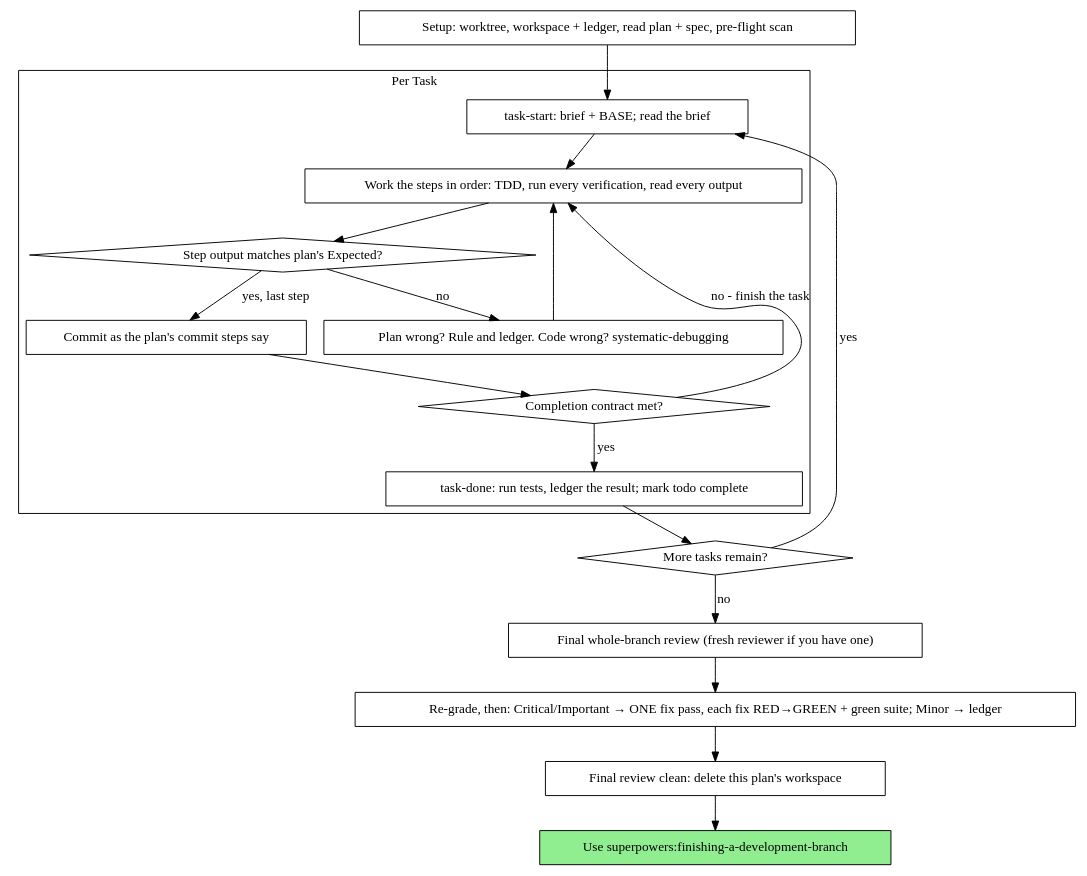
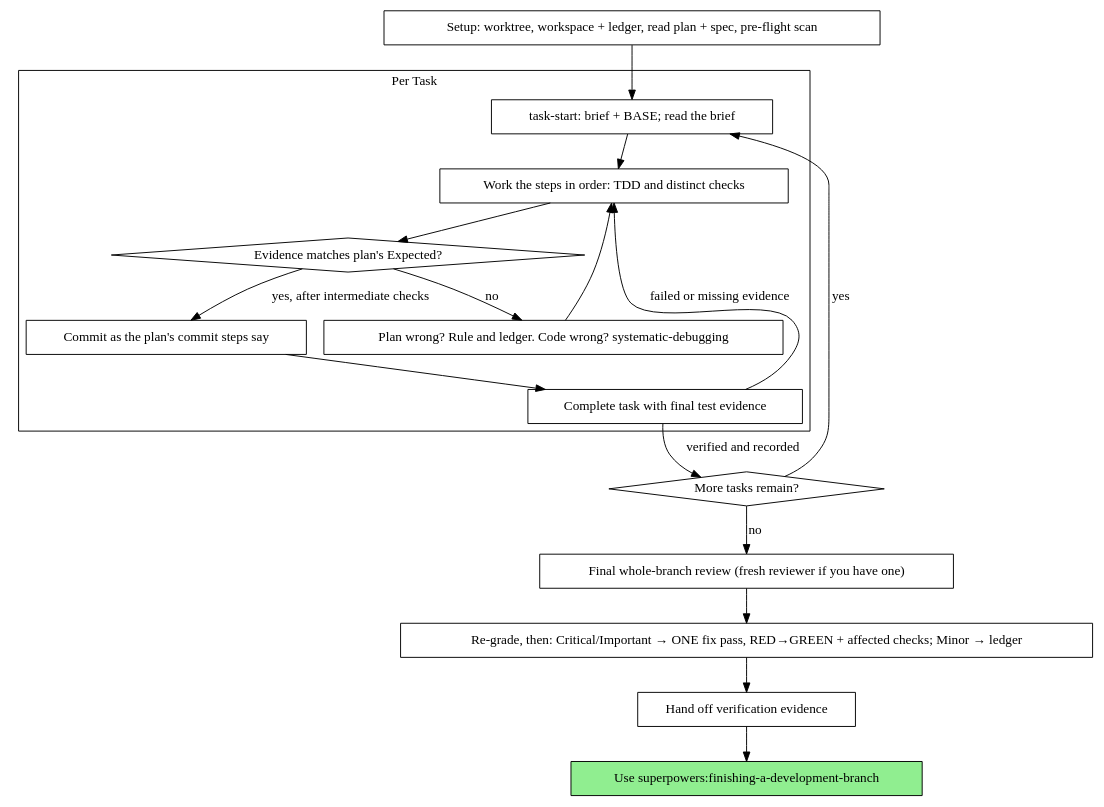
Before and after one commit to XJasonZhuang/SuperpowersPlus: the diagram in skills/executing-plans/SKILL.md, drawn with Graphviz. The commit also changed other lines of this file and 16 other files, not shown here.

Commit message:
Reuse applicable acceptance evidence across implementation, review and handoff

````diff
--- a/skills/executing-plans/SKILL.md
+++ b/skills/executing-plans/SKILL.md
@@ -68,39 +67,37 @@
 ```dot
 digraph process {
     rankdir=TB;
 
     subgraph cluster_per_task {
         label="Per Task";
         "task-start: brief + BASE; read the brief" [shape=box];
-        "Work the steps in order: TDD, run every verification, read every output" [shape=box];
-        "Step output matches plan's Expected?" [shape=diamond];
+        "Work the steps in order: TDD and distinct checks" [shape=box];
+        "Evidence matches plan's Expected?" [shape=diamond];
         "Plan wrong? Rule and ledger. Code wrong? systematic-debugging" [shape=box];
         "Commit as the plan's commit steps say" [shape=box];
-        "Completion contract met?" [shape=diamond];
-        "task-done: run tests, ledger the result; mark todo complete" [shape=box];
+        "Complete task with final test evidence" [shape=box];
     }
 
     "Setup: worktree, workspace + ledger, read plan + spec, pre-flight scan" [shape=box];
     "More tasks remain?" [shape=diamond];
     "Final whole-branch review (fresh reviewer if you have one)" [shape=box];
-    "Re-grade, then: Critical/Important → ONE fix pass, each fix RED→GREEN + green suite; Minor → ledger" [shape=box];
-    "Final review clean: delete this plan's workspace" [shape=box];
+    "Re-grade, then: Critical/Important → ONE fix pass, RED→GREEN + affected checks; Minor → ledger" [shape=box];
+    "Hand off verification evidence" [shape=box];
     "Use superpowers:finishing-a-development-branch" [shape=box style=filled fillcolor=lightgreen];
 
     "Setup: worktree, workspace + ledger, read plan + spec, pre-flight scan" -> "task-start: brief + BASE; read the brief";
-    "task-start: brief + BASE; read the brief" -> "Work the steps in order: TDD, run every verification, read every output";
-    "Work the steps in order: TDD, run every verification, read every output" -> "Step output matches plan's Expected?";
-    "Step output matches plan's Expected?" -> "Plan wrong? Rule and ledger. Code wrong? systematic-debugging" [label="no"];
-    "Plan wrong? Rule and ledger. Code wrong? systematic-debugging" -> "Work the steps in order: TDD, run every verification, read every output";
-    "Step output matches plan's Expected?" -> "Commit as the plan's commit steps say" [label="yes, last step"];
-    "Commit as the plan's commit steps say" -> "Completion contract met?";
-    "Completion contract met?" -> "Work the steps in order: TDD, run every verification, read every output" [label="no - finish the task"];
-    "Completion contract met?" -> "task-done: run tests, ledger the result; mark todo complete" [label="yes"];
-    "task-done: run tests, ledger the result; mark todo complete" -> "More tasks remain?";
+    "task-start: brief + BASE; read the brief" -> "Work the steps in order: TDD and distinct checks";
+    "Work the steps in order: TDD and distinct checks" -> "Evidence matches plan's Expected?";
+    "Evidence matches plan's Expected?" -> "Plan wrong? Rule and ledger. Code wrong? systematic-debugging" [label="no"];
+    "Plan wrong? Rule and ledger. Code wrong? systematic-debugging" -> "Work the steps in order: TDD and distinct checks";
+    "Evidence matches plan's Expected?" -> "Commit as the plan's commit steps say" [label="yes, after intermediate checks"];
+    "Commit as the plan's commit steps say" -> "Complete task with final test evidence";
+    "Complete task with final test evidence" -> "Work the steps in order: TDD and distinct checks" [label="failed or missing evidence"];
+    "Complete task with final test evidence" -> "More tasks remain?" [label="verified and recorded"];
     "More tasks remain?" -> "task-start: brief + BASE; read the brief" [label="yes"];
     "More tasks remain?" -> "Final whole-branch review (fresh reviewer if you have one)" [label="no"];
-    "Final whole-branch review (fresh reviewer if you have one)" -> "Re-grade, then: Critical/Important → ONE fix pass, each fix RED→GREEN + green suite; Minor → ledger";
-    "Re-grade, then: Critical/Important → ONE fix pass, each fix RED→GREEN + green suite; Minor → ledger" -> "Final review clean: delete this plan's workspace";
-    "Final review clean: delete this plan's workspace" -> "Use superpowers:finishing-a-development-branch";
+    "Final whole-branch review (fresh reviewer if you have one)" -> "Re-grade, then: Critical/Important → ONE fix pass, RED→GREEN + affected checks; Minor → ledger";
+    "Re-grade, then: Critical/Important → ONE fix pass, RED→GREEN + affected checks; Minor → ledger" -> "Hand off verification evidence";
+    "Hand off verification evidence" -> "Use superpowers:finishing-a-development-branch";
 }
 ```
````
